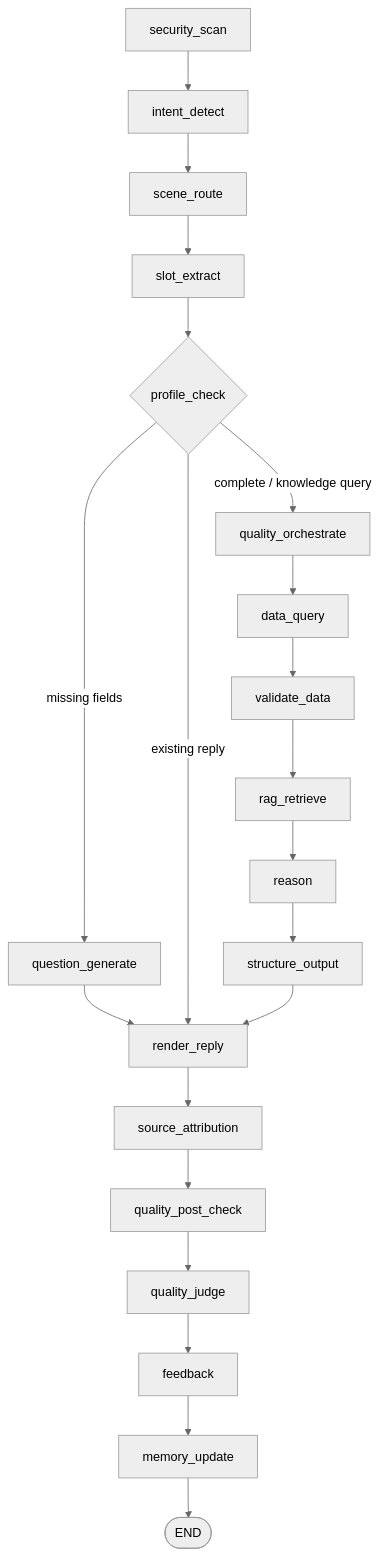
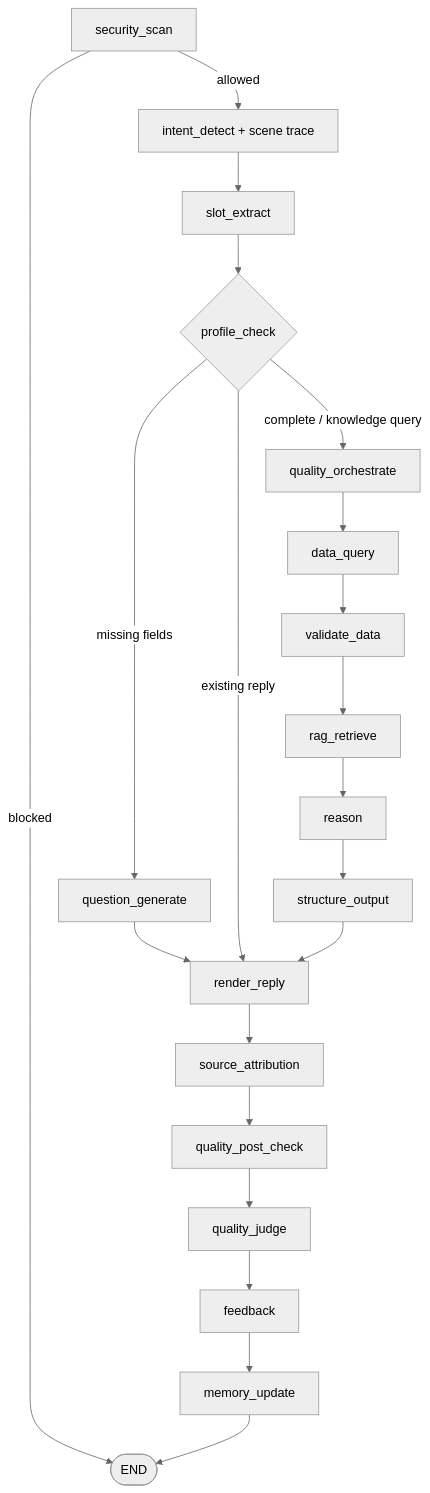
Before and after one commit to Xander-Xai/Gaobao-Advisor: the third of 7 diagrams in docs/architecture/README.md, drawn with Mermaid (neutral theme). The commit also changed other lines of this file and 6 other files, not shown here.

First line of the commit message:
refactor(graph): terminate rejected turns and fold trace-only scene step (#191)

````diff
--- a/docs/architecture/README.md
+++ b/docs/architecture/README.md
@@ -165,8 +167,9 @@
 ```mermaid
 flowchart TD
-    S["security_scan"] --> I["intent_detect"] --> R["scene_route"] --> E["slot_extract"] --> P{"profile_check"}
+    S["security_scan"] -->|blocked| End(["END"])
+    S -->|allowed| I["intent_detect + scene trace"] --> E["slot_extract"] --> P{"profile_check"}
     P -->|missing fields| Q["question_generate"] --> Render["render_reply"]
     P -->|"existing reply"| Render
     P -->|complete / knowledge query| O["quality_orchestrate"] --> D["data_query"] --> V["validate_data"] --> K["rag_retrieve"] --> Reason["reason"] --> St["structure_output"] --> Render
-    Render --> SA["source_attribution"] --> PC["quality_post_check"] --> J["quality_judge"] --> F["feedback"] --> M["memory_update"] --> End(["END"])
+    Render --> SA["source_attribution"] --> PC["quality_post_check"] --> J["quality_judge"] --> F["feedback"] --> M["memory_update"] --> End
 ```
````
